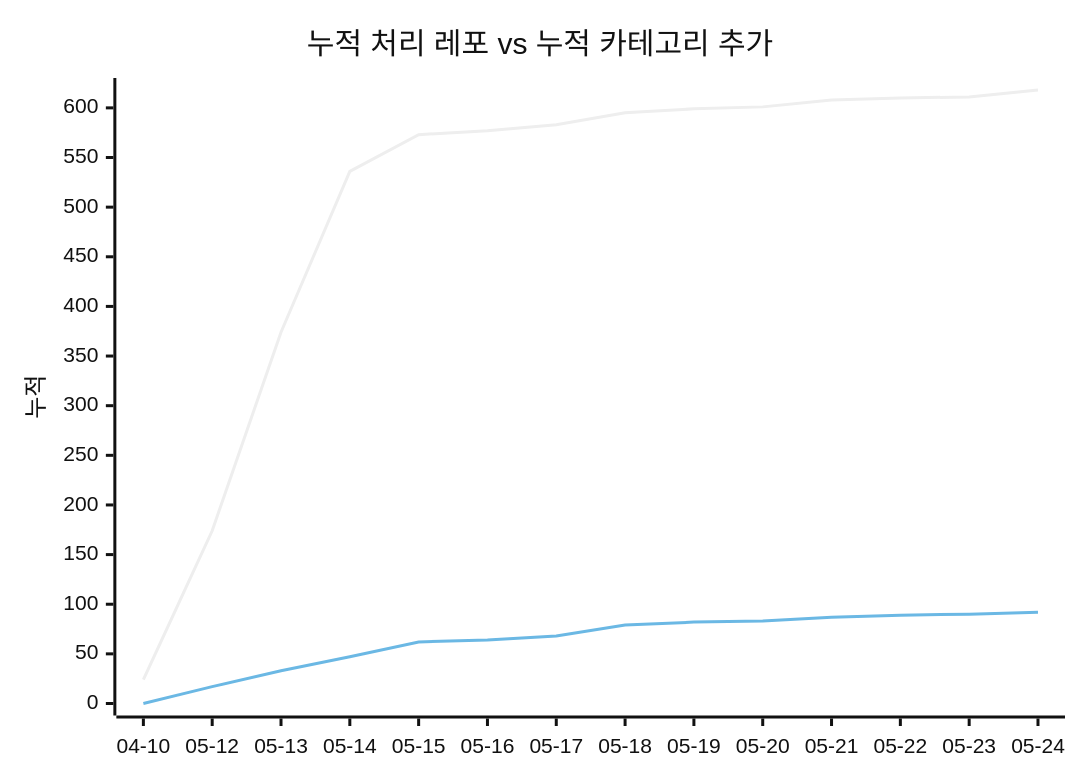
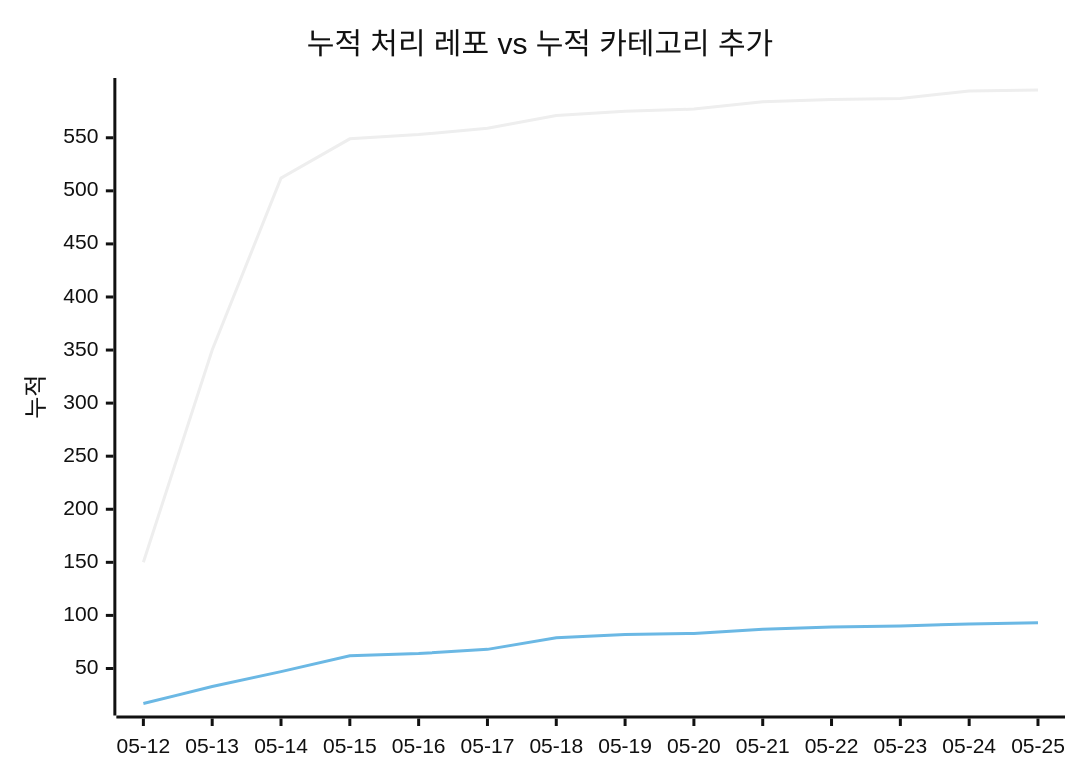
The second of 2 diagrams in docs/trends.md (J-nowcow/awesome-korean-agent-skills), drawn with Mermaid (neutral theme) before and after one commit. The commit also changed other lines of this file and 27 other files, not shown here.

````diff
--- a/docs/trends.md
+++ b/docs/trends.md
@@ -68,8 +68,8 @@
 ```mermaid
 xychart-beta
     title "누적 처리 레포 vs 누적 카테고리 추가"
-    x-axis ["04-10","05-12","05-13","05-14","05-15","05-16","05-17","05-18","05-19","05-20","05-21","05-22","05-23","05-24"]
+    x-axis ["05-12","05-13","05-14","05-15","05-16","05-17","05-18","05-19","05-20","05-21","05-22","05-23","05-24","05-25"]
     y-axis "누적"
-    line [24,174,374,536,573,577,583,595,599,601,608,610,611,618]
-    line [0,17,33,47,62,64,68,79,82,83,87,89,90,92]
+    line [150,350,512,549,553,559,571,575,577,584,586,587,594,595]
+    line [17,33,47,62,64,68,79,82,83,87,89,90,92,93]
 ```
````
